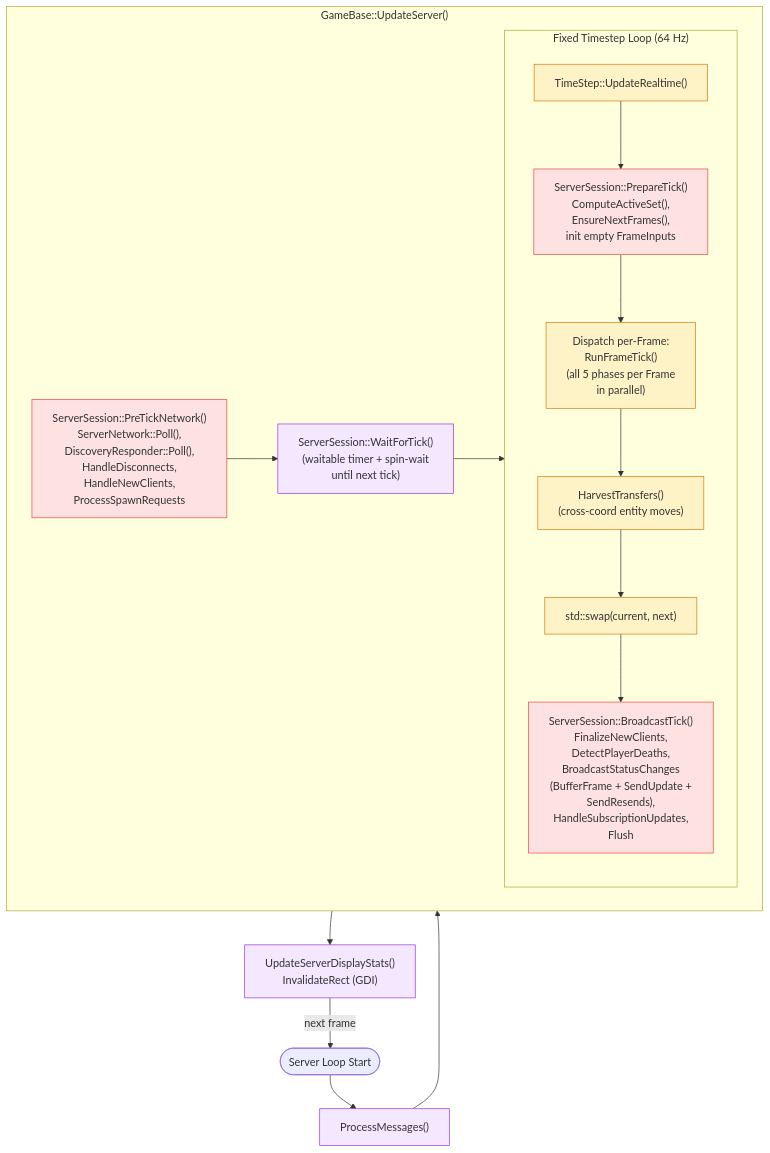
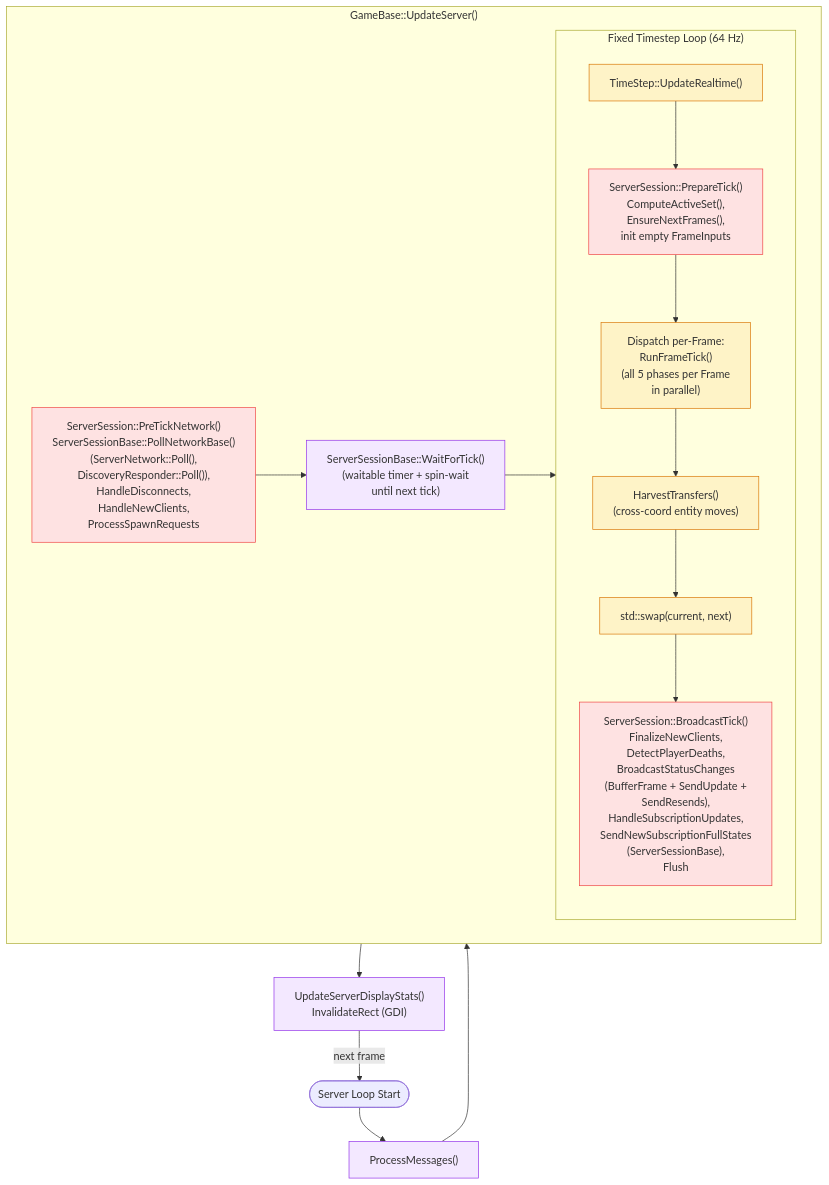
The third of 5 diagrams in Documents/Architecture/FrameUpdatePipeline.md (DougTanner/BrokenEnginePublic), drawn with Mermaid before and after one commit. The commit also changed other lines of this file and 116 other files, not shown here.

````diff
--- a/Documents/Architecture/FrameUpdatePipeline.md
+++ b/Documents/Architecture/FrameUpdatePipeline.md
@@ -111,35 +111,35 @@
 ```mermaid
 %%{init: {'theme': 'default'}}%%
 flowchart TD
     classDef physics fill:#fef3c7,stroke:#d97706
     classDef network fill:#fee2e2,stroke:#ef4444
     classDef server fill:#f3e8ff,stroke:#9333ea
 
     start(["Server Loop Start"])
 
     msgs["ProcessMessages()"]:::server
 
     subgraph tick_frames ["GameBase::UpdateServer()"]
-        pre_tick["ServerSession::PreTickNetwork()<br/>ServerNetwork::Poll(),<br/>DiscoveryResponder::Poll(),<br/>HandleDisconnects,<br/>HandleNewClients,<br/>ProcessSpawnRequests"]:::network
+        pre_tick["ServerSession::PreTickNetwork()<br/>ServerSessionBase::PollNetworkBase()<br/>(ServerNetwork::Poll(),<br/>DiscoveryResponder::Poll()),<br/>HandleDisconnects,<br/>HandleNewClients,<br/>ProcessSpawnRequests"]:::network
 
-        wait_tick["ServerSession::WaitForTick()<br/>(waitable timer + spin-wait<br/>until next tick)"]:::server
+        wait_tick["ServerSessionBase::WaitForTick()<br/>(waitable timer + spin-wait<br/>until next tick)"]:::server
 
         subgraph physics_loop ["Fixed Timestep Loop (64 Hz)"]
             ts["TimeStep::UpdateRealtime()"]:::physics
             prepare_tick["ServerSession::PrepareTick()<br/>ComputeActiveSet(),<br/>EnsureNextFrames(),<br/>init empty FrameInputs"]:::network
             dispatch_s["Dispatch per-Frame:<br/>RunFrameTick()<br/>(all 5 phases per Frame<br/>in parallel)"]:::physics
             frame_swap["std::swap(current, next)"]:::physics
-            broadcast_tick["ServerSession::BroadcastTick()<br/>FinalizeNewClients,<br/>DetectPlayerDeaths,<br/>BroadcastStatusChanges<br/>(BufferFrame + SendUpdate +<br/>SendResends),<br/>HandleSubscriptionUpdates,<br/>Flush"]:::network
+            broadcast_tick["ServerSession::BroadcastTick()<br/>FinalizeNewClients,<br/>DetectPlayerDeaths,<br/>BroadcastStatusChanges<br/>(BufferFrame + SendUpdate +<br/>SendResends),<br/>HandleSubscriptionUpdates,<br/>SendNewSubscriptionFullStates<br/>(ServerSessionBase),<br/>Flush"]:::network
             harvest["HarvestTransfers()<br/>(cross-coord entity moves)"]:::physics
             ts --> prepare_tick --> dispatch_s --> harvest --> frame_swap
             frame_swap --> broadcast_tick
         end
 
         pre_tick --> wait_tick --> physics_loop
     end
 
     display["UpdateServerDisplayStats()<br/>InvalidateRect (GDI)"]:::server
 
     start --> msgs --> tick_frames --> display
     display -->|next frame| start
 ```
````
